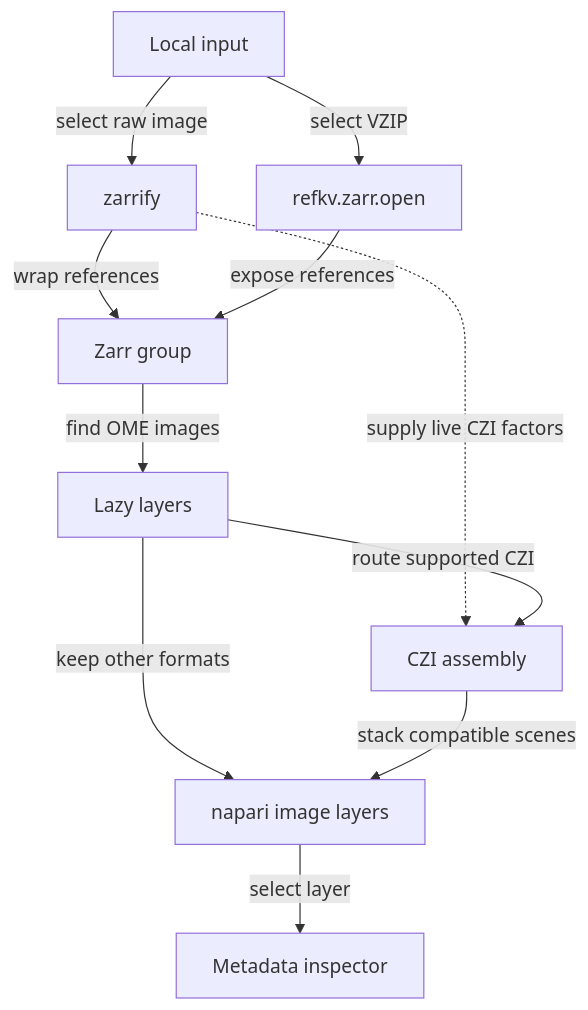
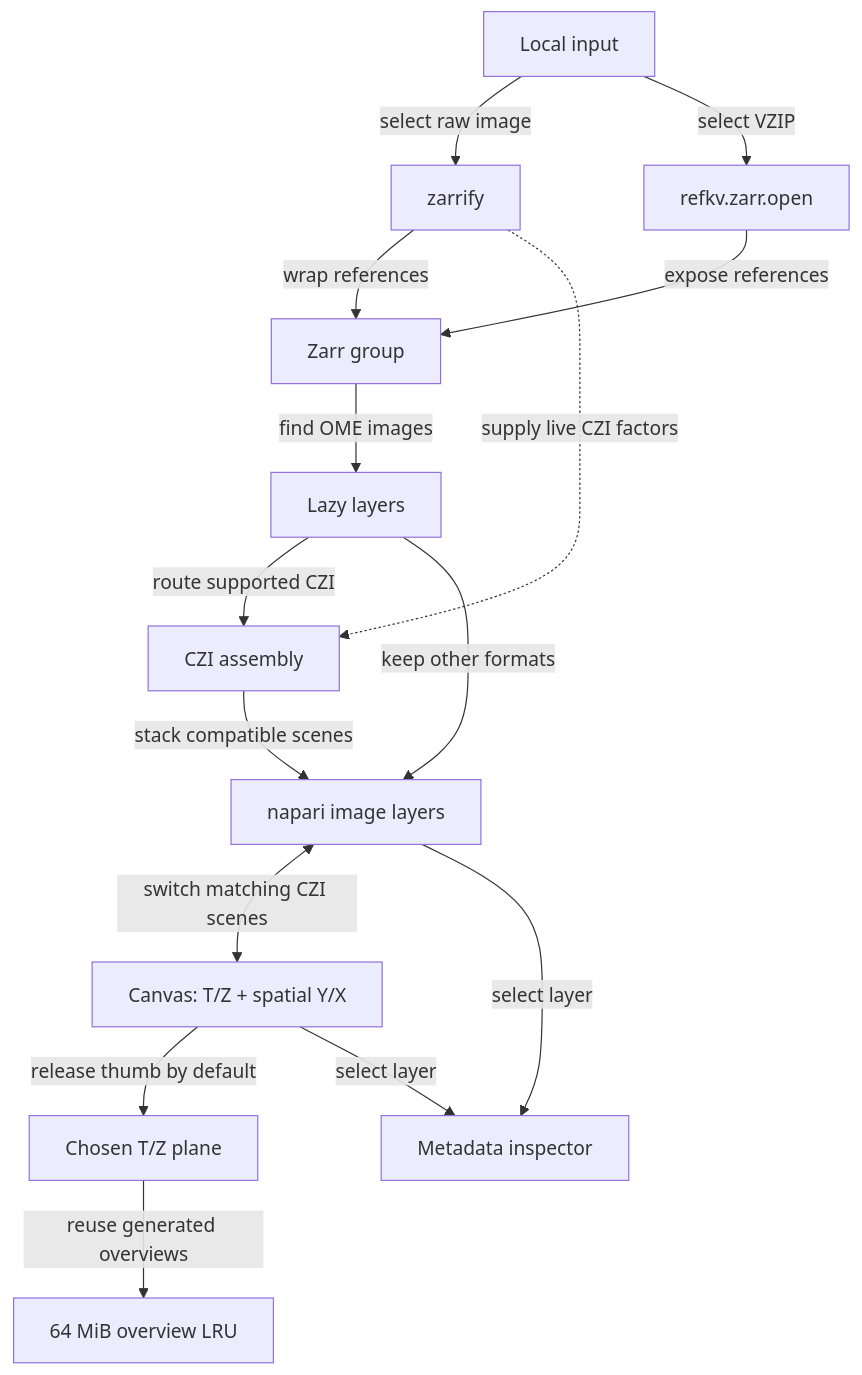
One commit to d-v-b/napari-virtual-reader changed the diagram in _docs/plugin-workflow.mmd. Above: the diagram before and after it, drawn with Mermaid. The commit also changed 16 other files, not shown here.

First line of the commit message:
feat: improve multidimensional CZI canvas navigation

```diff
--- a/_docs/plugin-workflow.mmd
+++ b/_docs/plugin-workflow.mmd
@@ -1,11 +1,15 @@
 flowchart TD
     Input["Local input"] -->|select raw image| Raw["zarrify"]
     Input -->|select VZIP| Archive["refkv.zarr.open"]
     Raw -->|wrap references| Store["Zarr group"]
     Archive -->|expose references| Store
     Store -->|find OME images| Layers["Lazy layers"]
     Raw -.->|supply live CZI factors| CZI["CZI assembly"]
     Layers -->|route supported CZI| CZI
     Layers -->|keep other formats| View["napari image layers"]
     CZI -->|stack compatible scenes| View
+    View <-->|switch matching CZI scenes| Canvas["Canvas: T/Z + spatial Y/X"]
+    Canvas -->|release thumb by default| Plane["Chosen T/Z plane"]
+    Plane -->|reuse generated overviews| Cache["64 MiB overview LRU"]
     View -->|select layer| Metadata["Metadata inspector"]
+    Canvas -->|select layer| Metadata
```
